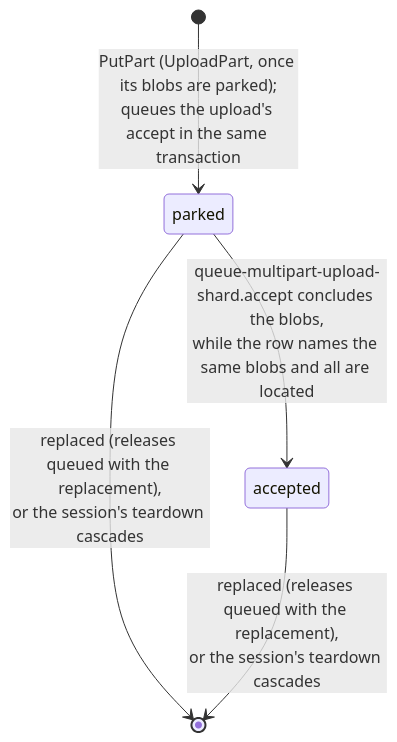
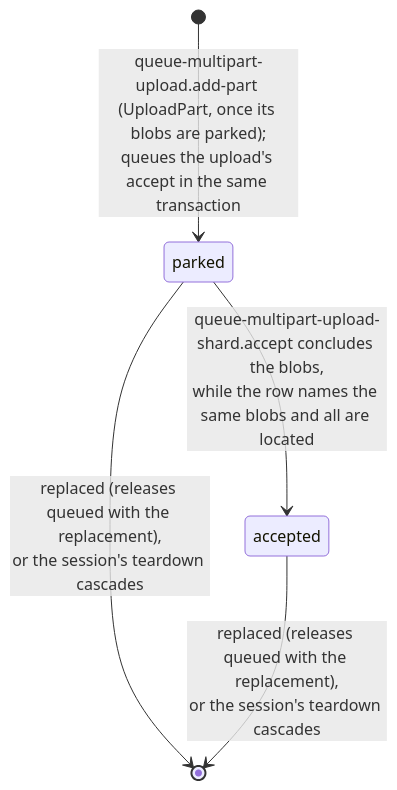
Before and after one commit to fil-forge/ingot: the seventh of 15 diagrams in docs/diagrams.md, drawn with Mermaid. The commit also changed other lines of this file and 49 other files, not shown here.

First line of the commit message:
feat: run multipart uploads on their own task queue (#350)

````diff
--- a/docs/diagrams.md
+++ b/docs/diagrams.md
@@ -631,7 +641,7 @@
 ```mermaid
 stateDiagram-v2
-    [*] --> parked : PutPart (UploadPart, once its blobs are parked)#59;<br/>queues the upload's accept in the same transaction
+    [*] --> parked : queue-multipart-upload.add-part (UploadPart, once its blobs are parked)#59;<br/>queues the upload's accept in the same transaction
     parked --> accepted : queue-multipart-upload-shard.accept concludes the blobs,<br/>while the row names the same blobs and all are located
     parked --> [*] : replaced (releases queued with the replacement),<br/>or the session's teardown cascades
     accepted --> [*] : replaced (releases queued with the replacement),<br/>or the session's teardown cascades
 ```
````
